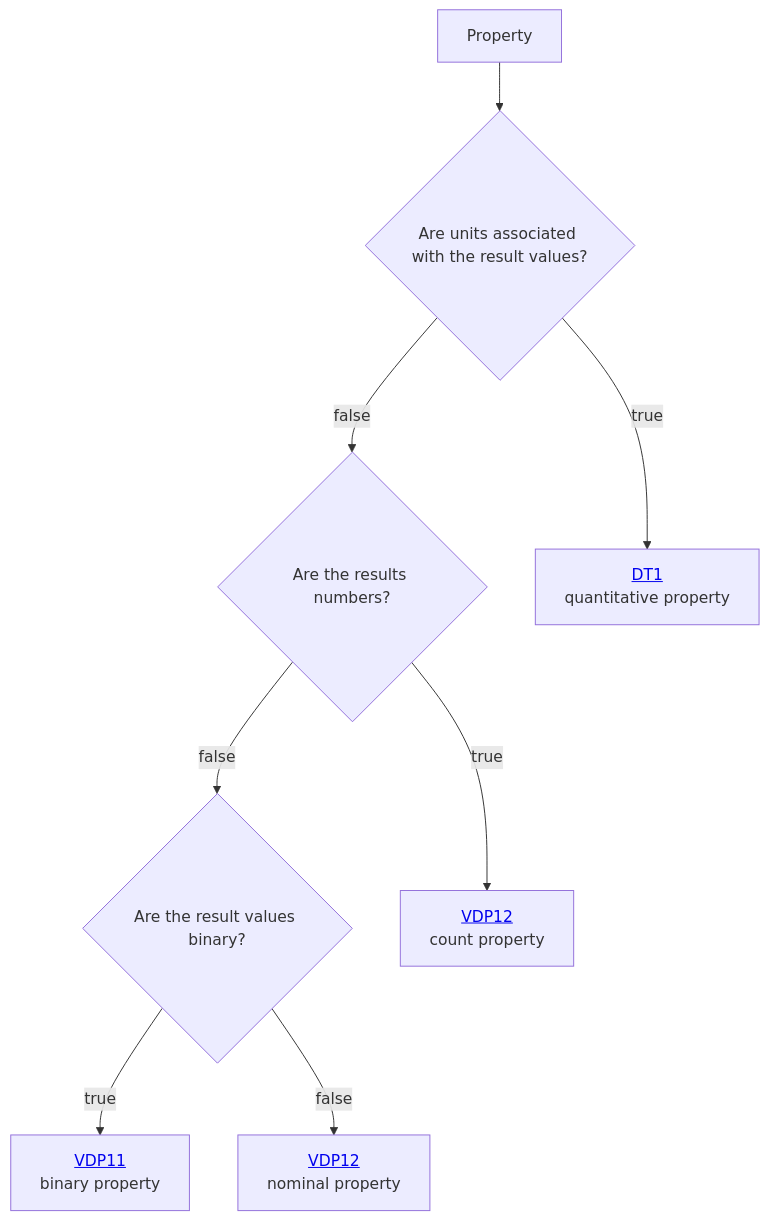
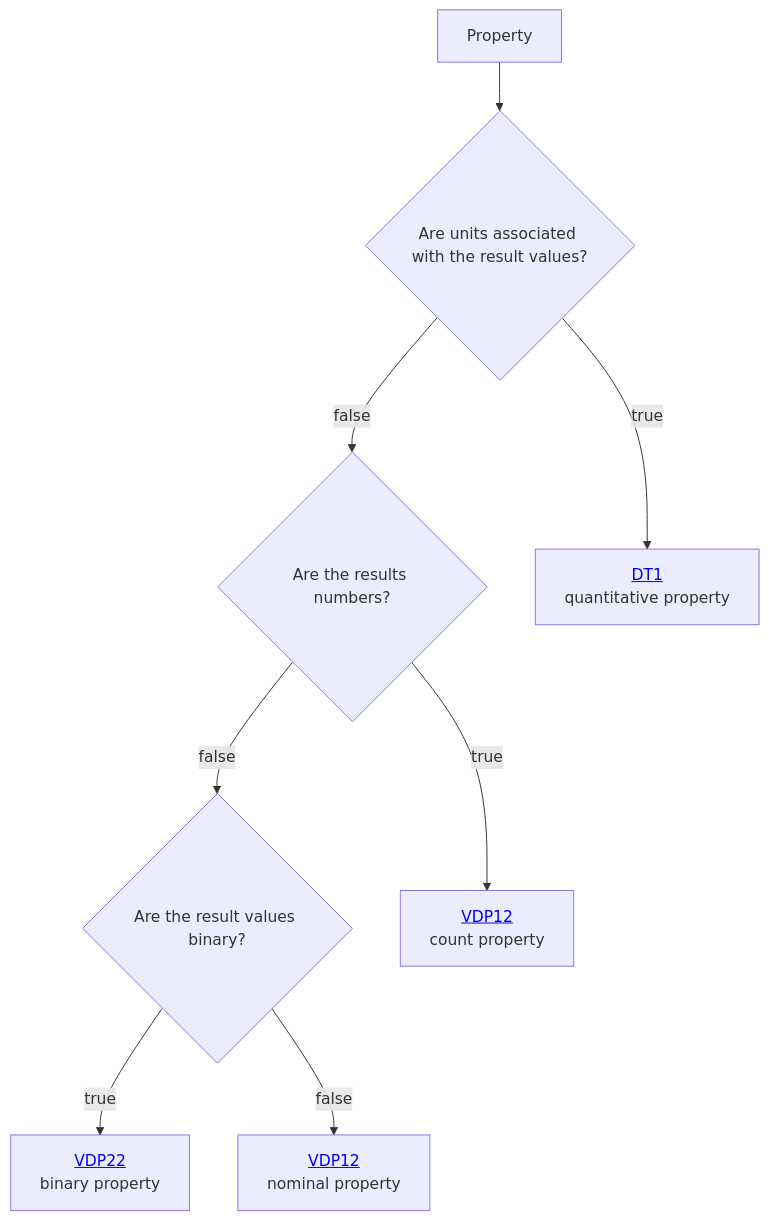
Before and after one commit to mabablue/I-ADOPT-patterns-playground: the diagram in Decisition_trees/DT0.mmd, drawn with Mermaid.

Commit message:
Update link text for binary property in DT0.mmd

```diff
--- a/Decisition_trees/DT0.mmd
+++ b/Decisition_trees/DT0.mmd
@@ -1,8 +1,8 @@
 flowchart TD
     A[Property] --> B{Are units associated with the result values?}
     B --> |false|C{Are the results numbers?}
     B --> |true|D[<a href='https://github.com/mabablue/I-ADOPT-patterns-playground/blob/main/Decisition_trees/DT1.mmd'>DT1</a><br> quantitative property] 
     C --> |false|E{Are the result values binary?}
     C --> |true|H[<a href='https://github.com/mabablue/I-ADOPT-patterns-playground/blob/main/pattern/VDP12.yaml'>VDP12</a><br> count property] 
-    E --> |true|F[<a href='https://github.com/mabablue/I-ADOPT-patterns-playground/blob/main/pattern/VDP11.yaml'>VDP11</a><br> binary property] 
+    E --> |true|F[<a href='https://github.com/mabablue/I-ADOPT-patterns-playground/blob/main/pattern/VDP11.yaml'>VDP22</a><br> binary property] 
     E --> |false|I[<a href='https://github.com/mabablue/I-ADOPT-patterns-playground/blob/main/pattern/VDP12.yaml'>VDP12</a><br> nominal property] 
```
